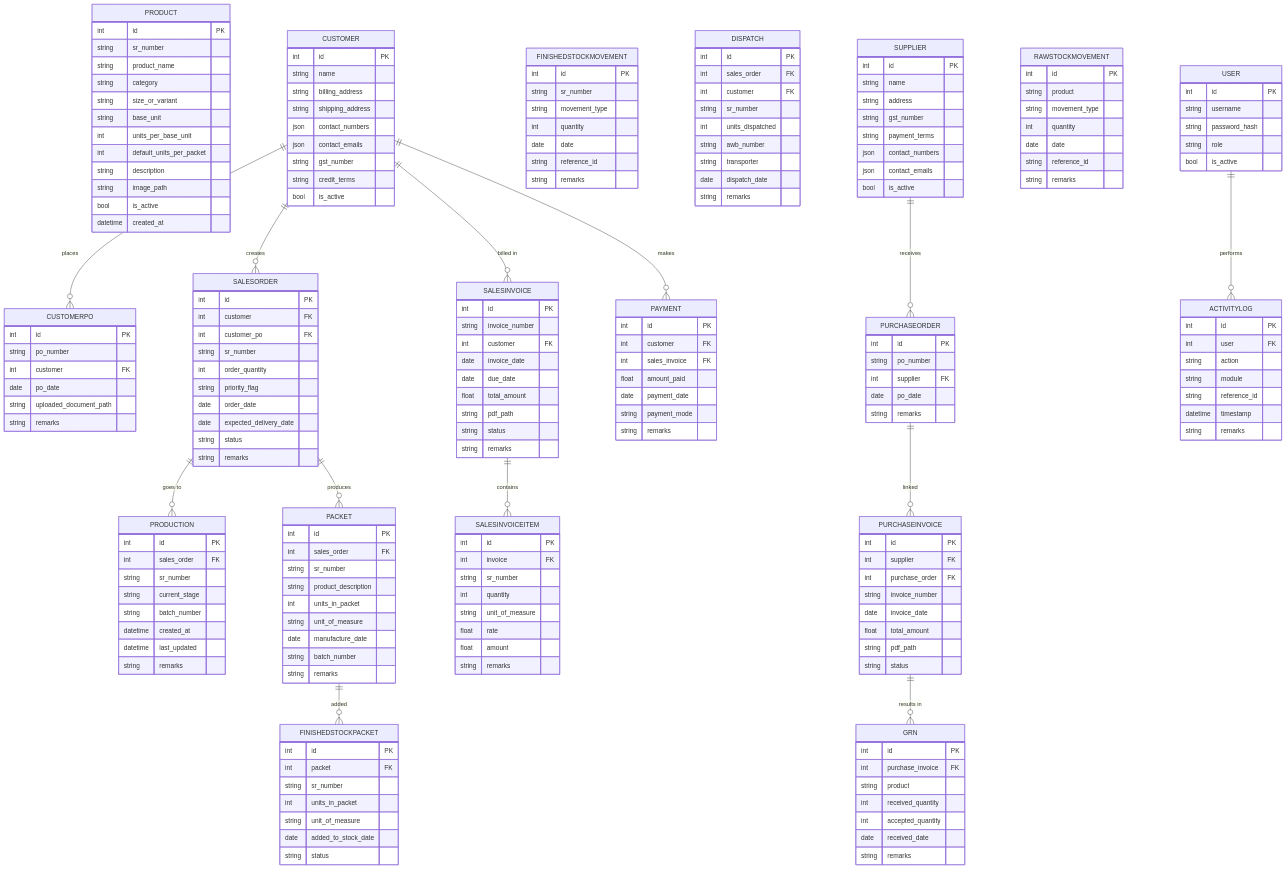
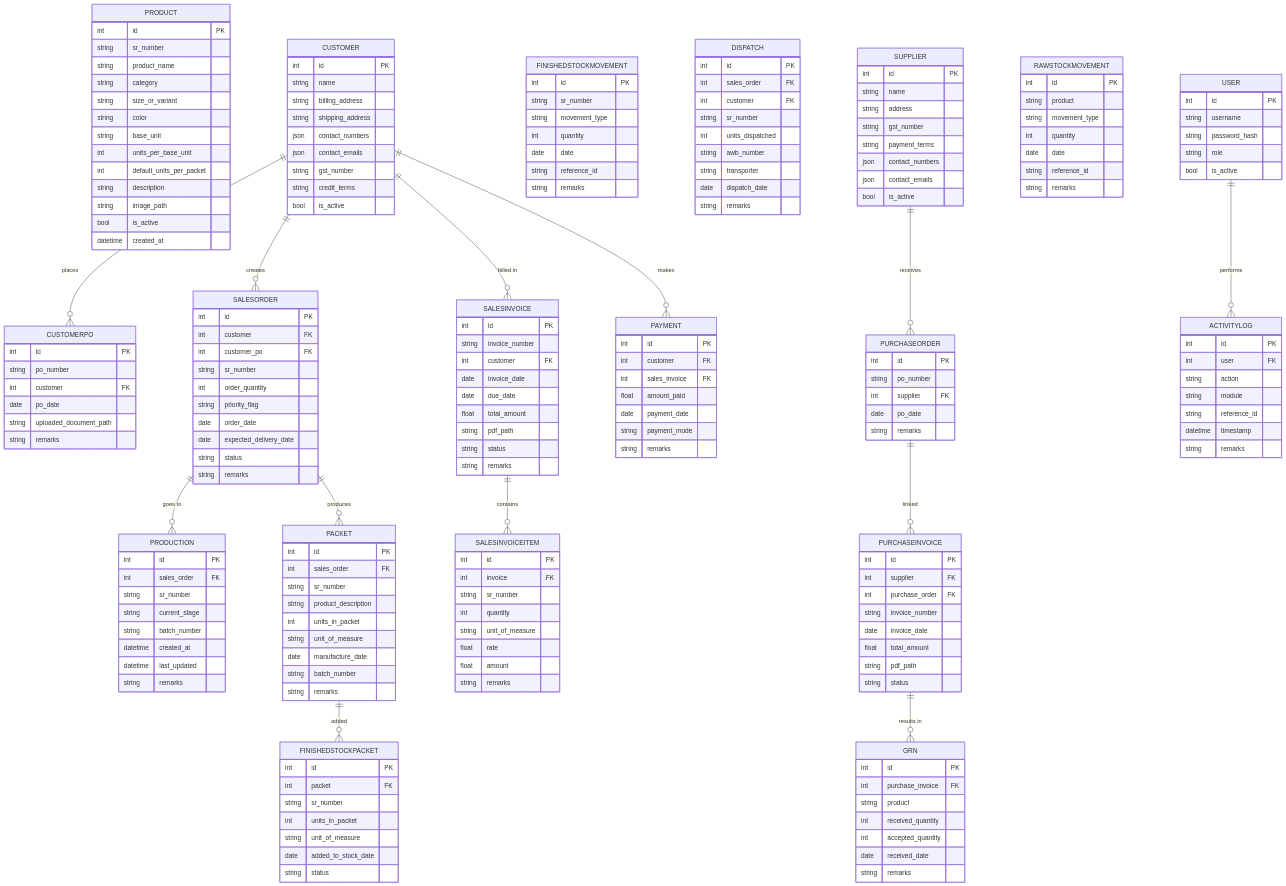
One commit to naveen-orb26/ERP-Veritas changed the diagram in docs/er-diagrams.md. Above: the diagram before and after it, drawn with Mermaid. The commit also changed 10 other files, not shown here.

```diff
--- a/docs/er-diagrams.md
+++ b/docs/er-diagrams.md
@@ -7,6 +7,7 @@
         string product_name
         string category
         string size_or_variant
+        string color
         string base_unit
         int units_per_base_unit
         int default_units_per_packet
```
